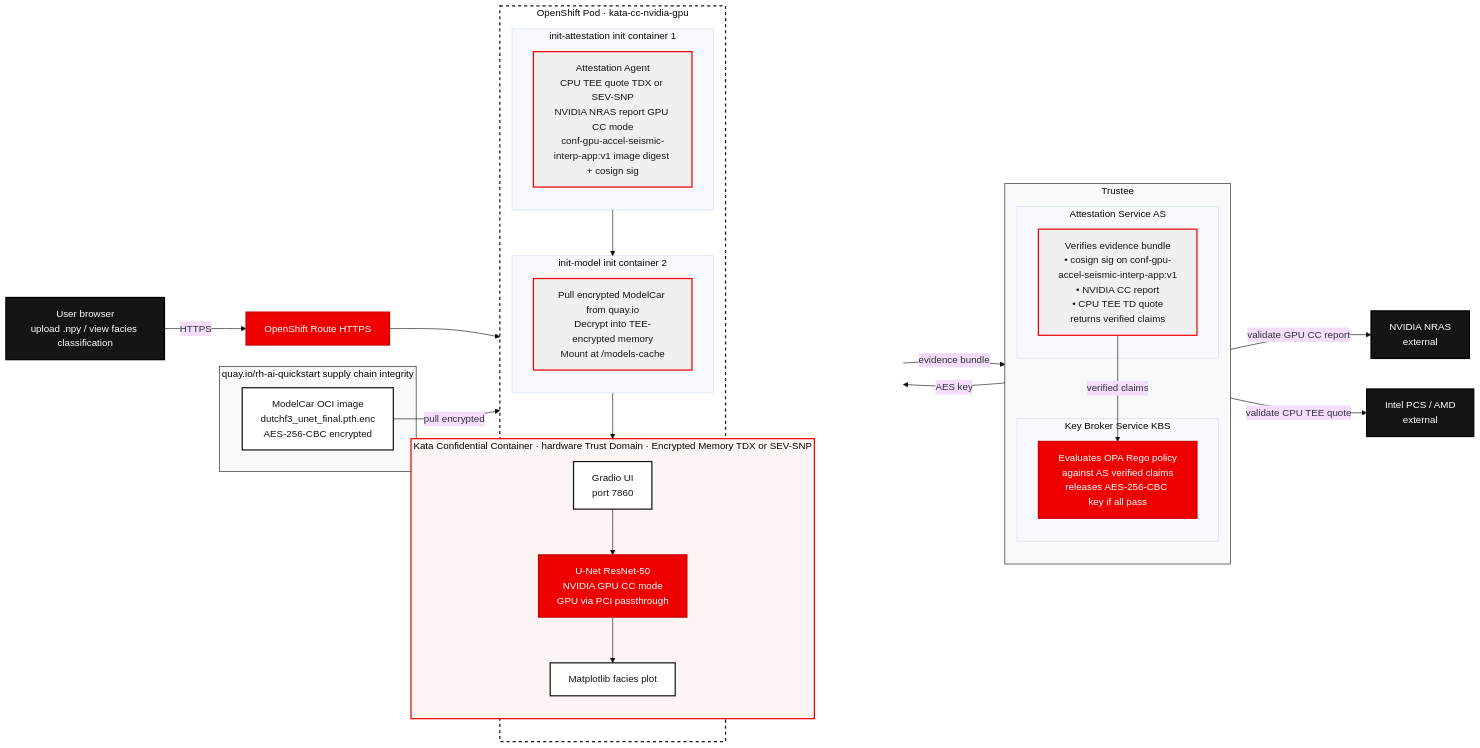
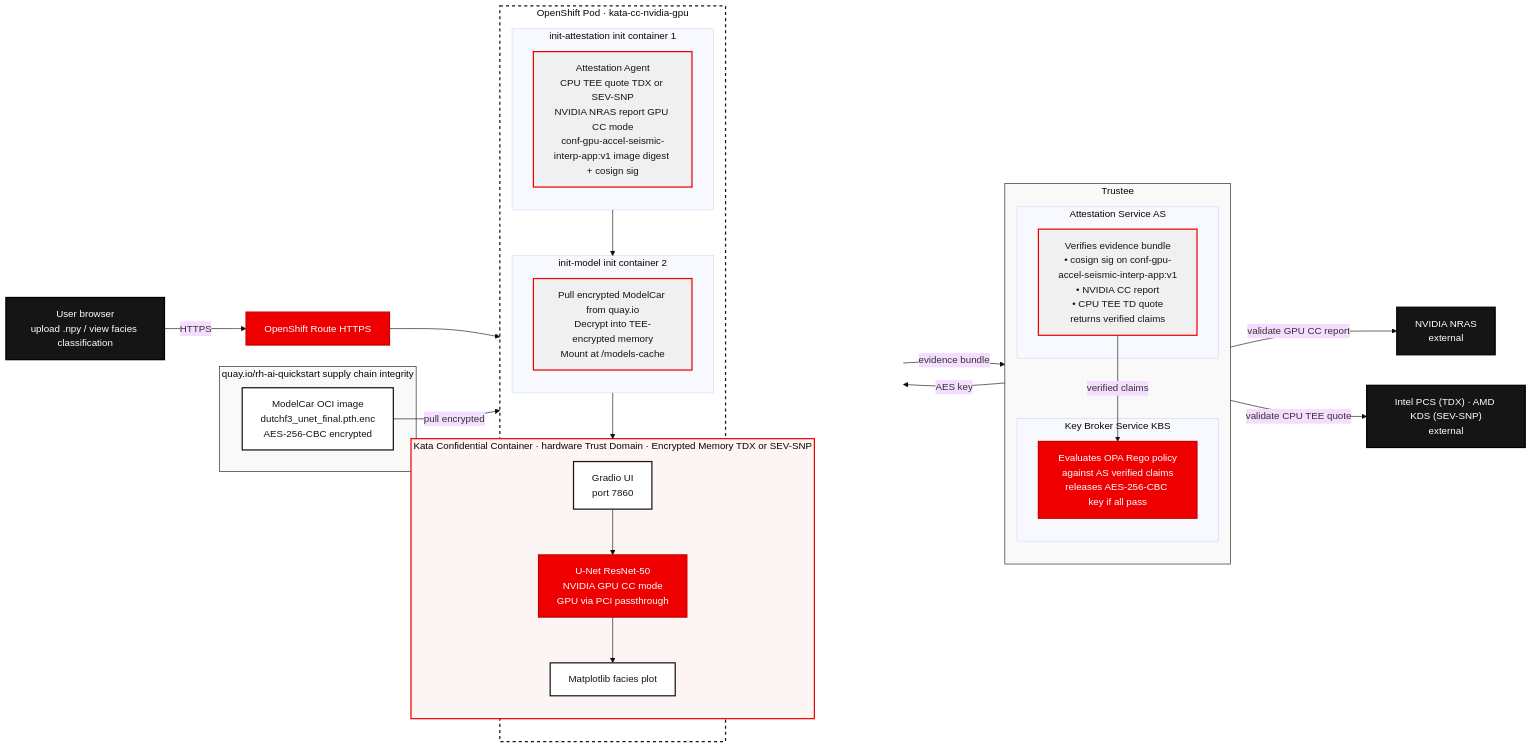
One commit to lkatalin/confidential-gpu-accelerated-seismic-interpretation changed the second of 2 diagrams in README.md. Above: the diagram before and after it, drawn with Mermaid (base theme). The commit also changed other lines of this file, not shown here.

````diff
--- a/README.md
+++ b/README.md
@@ -175,60 +175,60 @@
 ```mermaid
 flowchart LR
     %% Red Hat Class Definitions
     classDef default fill:#F0F0F0,stroke:#EE0000,stroke-width:2px,color:#151515;
     classDef rhRed fill:#EE0000,stroke:#C90000,stroke-width:2px,color:#FFFFFF;
     classDef rhBlack fill:#151515,stroke:#000000,stroke-width:2px,color:#FFFFFF;
     classDef rhOutline fill:#FFFFFF,stroke:#151515,stroke-width:2px,color:#151515;
 
     Browser["User browser\nupload .npy / view facies classification"]:::rhBlack
     Route["OpenShift Route HTTPS"]:::rhRed
     Browser -->|HTTPS| Route
 
     subgraph Quay["quay.io/rh-ai-quickstart  supply chain integrity"]
         ModelCar["ModelCar OCI image\ndutchf3_unet_final.pth.enc\nAES-256-CBC encrypted"]:::rhOutline
     end
 
     subgraph Trustee["Trustee"]
         direction TB
         subgraph AS["Attestation Service AS"]
             ASVerify["Verifies evidence bundle\n• cosign sig on conf-gpu-accel-seismic-interp-app:v1\n• NVIDIA CC report\n• CPU TEE TD quote\nreturns verified claims"]:::default
         end
         subgraph KBS["Key Broker Service KBS"]
             KBSPolicy["Evaluates OPA Rego policy\nagainst AS verified claims\nreleases AES-256-CBC key if all pass"]:::rhRed
         end
         ASVerify -->|verified claims| KBSPolicy
     end
 
     NRAS["NVIDIA NRAS\nexternal"]:::rhBlack
-    PCS["Intel PCS / AMD\nexternal"]:::rhBlack
+    PCS["Intel PCS (TDX) · AMD KDS (SEV-SNP)\nexternal"]:::rhBlack
     ASVerify -->|validate GPU CC report| NRAS
     ASVerify -->|validate CPU TEE quote| PCS
 
     subgraph Pod["OpenShift Pod · kata-cc-nvidia-gpu"]
         direction TB
         subgraph Init1["init-attestation  init container 1"]
             Agent["Attestation Agent\nCPU TEE quote TDX or SEV-SNP\nNVIDIA NRAS report GPU CC mode\nconf-gpu-accel-seismic-interp-app:v1 image digest + cosign sig"]:::default
         end
         subgraph Init2["init-model  init container 2"]
             ModelPull["Pull encrypted ModelCar from quay.io\nDecrypt into TEE-encrypted memory\nMount at /models-cache"]:::default
         end
         subgraph CC["Kata Confidential Container · hardware Trust Domain · Encrypted Memory TDX or SEV-SNP"]
             Gradio["Gradio UI\nport 7860"]:::rhOutline
             UNet["U-Net ResNet-50\nNVIDIA GPU CC mode\nGPU via PCI passthrough"]:::rhRed
             Plot["Matplotlib facies plot"]:::rhOutline
         end
         Init1 --> Init2 --> CC
         Gradio --> UNet --> Plot
     end
 
     Route --> Gradio
     Agent -->|evidence bundle| AS
     KBSPolicy -->|AES key| Init1
     ModelCar -->|pull encrypted| ModelPull
 
     %% Subgraph Styling for cleaner boundaries
     style Pod fill:#ffffff,stroke:#151515,stroke-width:2px,stroke-dasharray: 5 5
     style CC fill:#fdf4f4,stroke:#EE0000,stroke-width:2px
     style Trustee fill:#f9f9f9,stroke:#151515,stroke-width:1px
     style Quay fill:#f9f9f9,stroke:#151515,stroke-width:1px
 ```
````
